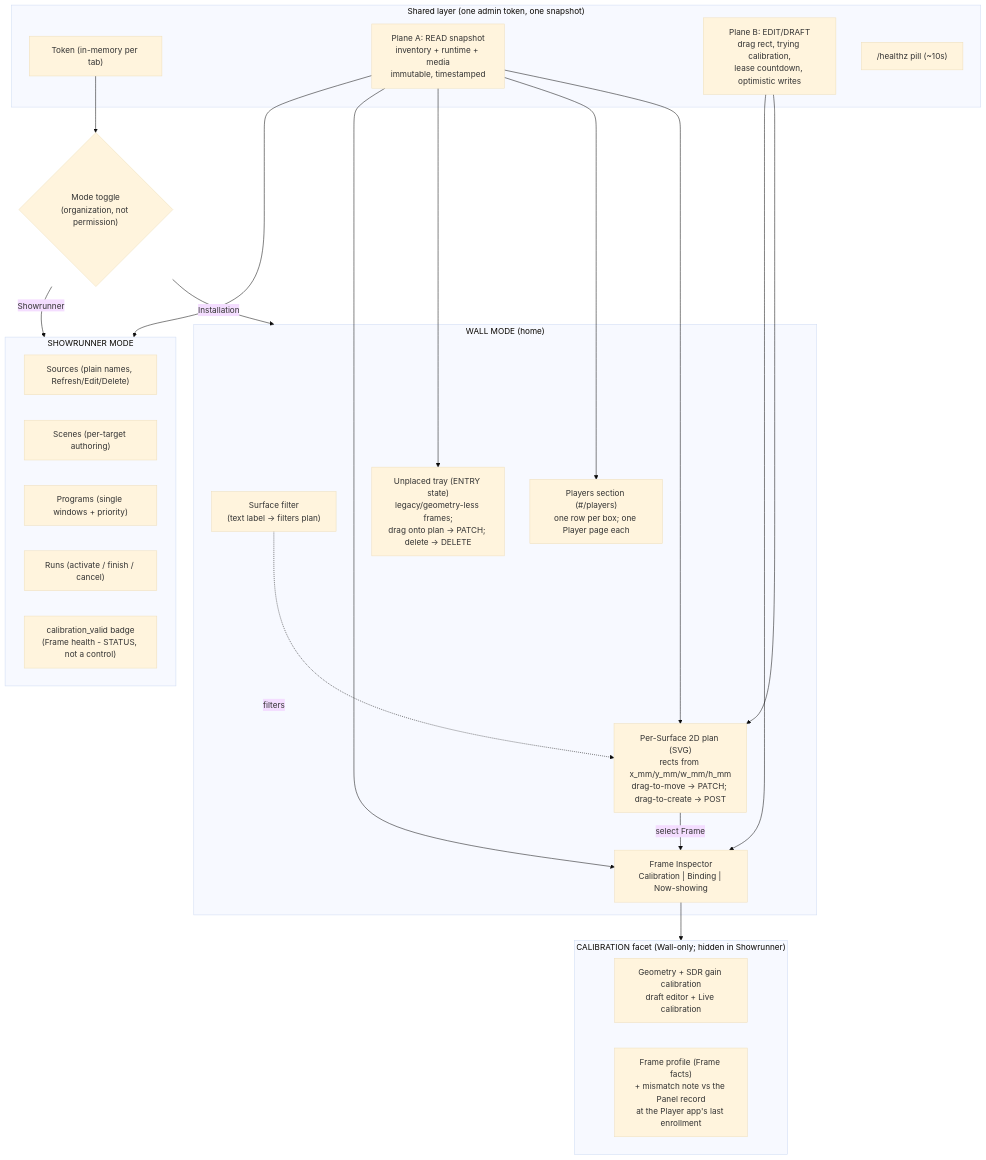
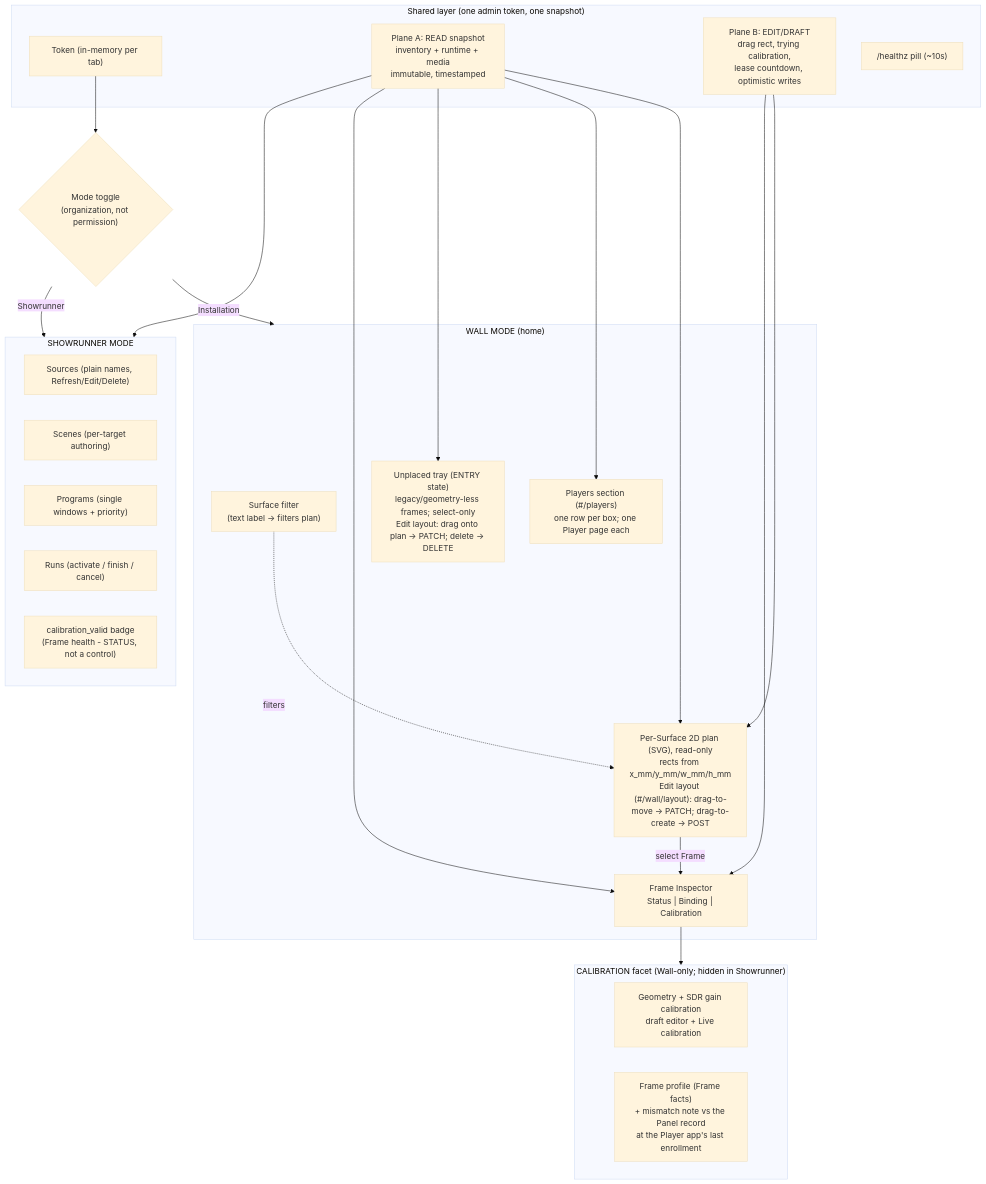
Before and after one commit to mcurcio/photo-wall: the first of 8 diagrams in docs/operator-console-ux-design.md, drawn with Mermaid (base theme). The commit also changed other lines of this file and 6 other files, not shown here.

````diff
--- a/docs/operator-console-ux-design.md
+++ b/docs/operator-console-ux-design.md
@@ -157,45 +208,45 @@
 ```mermaid
 graph TD
   subgraph SHARED["Shared layer (one admin token, one snapshot)"]
     TOK["Token (in-memory per tab)"]
     SNAP["Plane A: READ snapshot<br/>inventory + runtime + media<br/>immutable, timestamped"]
     DRAFT["Plane B: EDIT/DRAFT<br/>drag rect, trying calibration,<br/>lease countdown, optimistic writes"]
     HEALTH["/healthz pill (~10s)"]
   end
 
   TOK --> MODE{"Mode toggle<br/>(organization, not permission)"}
 
   subgraph WALL["WALL MODE (home)"]
     SURF["Surface filter<br/>(text label -> filters plan)"]
-    PLAN["Per-Surface 2D plan (SVG)<br/>rects from x_mm/y_mm/w_mm/h_mm<br/>drag-to-move -> PATCH; drag-to-create -> POST"]
-    TRAY["Unplaced tray (ENTRY state)<br/>legacy/geometry-less frames;<br/>drag onto plan -> PATCH; delete -> DELETE"]
+    PLAN["Per-Surface 2D plan (SVG), read-only<br/>rects from x_mm/y_mm/w_mm/h_mm<br/>Edit layout (#/wall/layout): drag-to-move -> PATCH; drag-to-create -> POST"]
+    TRAY["Unplaced tray (ENTRY state)<br/>legacy/geometry-less frames; select-only<br/>Edit layout: drag onto plan -> PATCH; delete -> DELETE"]
     RAIL["Players section (#/players)<br/>one row per box; one Player page each"]
-    INSP["Frame Inspector<br/>Calibration | Binding | Now-showing"]
+    INSP["Frame Inspector<br/>Status | Binding | Calibration"]
   end
 
   subgraph COMM["CALIBRATION facet (Wall-only; hidden in Showrunner)"]
     GEO["Geometry + SDR gain calibration<br/>draft editor + Live calibration"]
     DFACTS["Frame profile (Frame facts)<br/>+ mismatch note vs the Panel record<br/>at the Player app's last enrollment"]
   end
 
   subgraph SHOW["SHOWRUNNER MODE"]
     SRC["Sources (plain names, Refresh/Edit/Delete)"]
     SCN["Scenes (per-target authoring)"]
     PRG["Programs (single windows + priority)"]
     RUN["Runs (activate / finish / cancel)"]
     BADGE["calibration_valid badge<br/>(Frame health - STATUS, not a control)"]
   end
 
   MODE -->|Installation| WALL
   MODE -->|Showrunner| SHOW
   SNAP --> PLAN
   SNAP --> RAIL
   SNAP --> TRAY
   SNAP --> INSP
   SNAP --> SHOW
   DRAFT --> PLAN
   DRAFT --> INSP
   PLAN -->|select Frame| INSP
   INSP --> COMM
   SURF -.filters.-> PLAN
 ```
````
